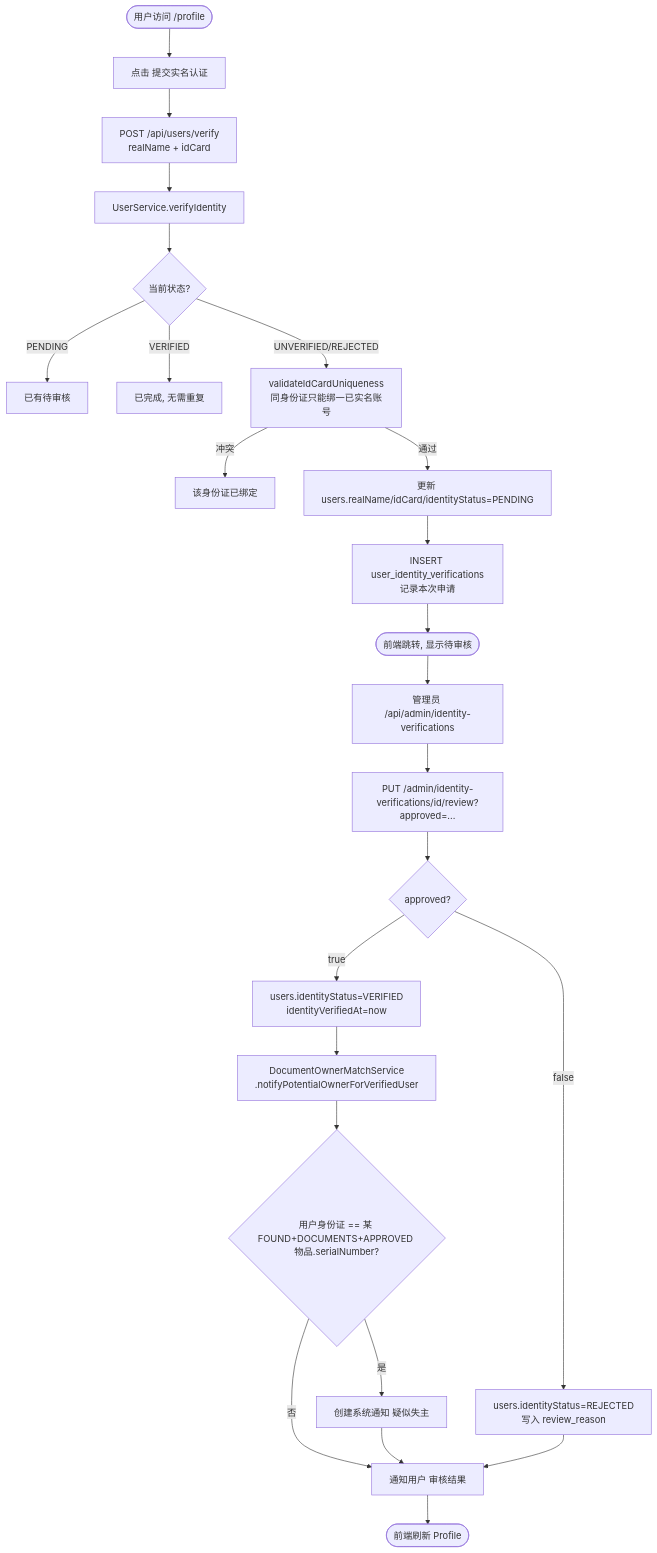
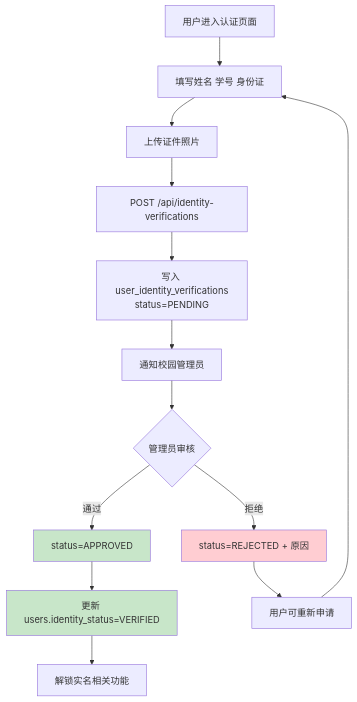
One commit to zwj-3193655211/campus-LostandFound changed diagram 15 of 29 in docs/项目图表.md. Above: the diagram before and after it, drawn with Mermaid. The commit also changed other lines of this file and 51 other files, not shown here.

````diff
--- a/docs/项目图表.md
+++ b/docs/项目图表.md
@@ -615,27 +762,22 @@
 ```mermaid
 flowchart TD
-    A([用户访问 /profile]) --> B[点击 提交实名认证]
-    B --> C[POST /api/users/verify<br/>realName + idCard]
-    C --> D[UserService.verifyIdentity]
-    D --> E{当前状态?}
-    E -->|PENDING| E1[已有待审核]
-    E -->|VERIFIED| E2[已完成, 无需重复]
-    E -->|UNVERIFIED/REJECTED| F[validateIdCardUniqueness<br/>同身份证只能绑一已实名账号]
-    F -->|冲突| F1[该身份证已绑定]
-    F -->|通过| G[更新 users.realName/idCard/identityStatus=PENDING]
-    G --> H[INSERT user_identity_verifications<br/>记录本次申请]
-    H --> I([前端跳转, 显示待审核])
+    A[用户进入认证页面] --> B[填写姓名 学号 身份证]
+    B --> C[上传证件照片]
+    C --> D[POST /api/identity-verifications]
+    D --> E[写入 user_identity_verifications<br/>status=PENDING]
+    E --> F[通知校园管理员]
 
-    I --> J[管理员 /api/admin/identity-verifications]
-    J --> K[PUT /admin/identity-verifications/id/review?approved=...]
-    K --> L{approved?}
-    L -->|true| M[users.identityStatus=VERIFIED<br/>identityVerifiedAt=now]
-    L -->|false| N[users.identityStatus=REJECTED<br/>写入 review_reason]
-    M --> O[DocumentOwnerMatchService<br/>.notifyPotentialOwnerForVerifiedUser]
-    O --> O1{用户身份证 == 某 FOUND+DOCUMENTS+APPROVED 物品.serialNumber?}
-    O1 -->|是| O2[创建系统通知 疑似失主]
-    O1 -->|否| P
-    O2 --> P[通知用户 审核结果]
-    N --> P
-    P --> Q([前端刷新 Profile])
+    F --> G{管理员审核}
+    G -->|通过| H[status=APPROVED]
+    G -->|拒绝| I[status=REJECTED + 原因]
+
+    H --> J[更新 users.identity_status=VERIFIED]
+    J --> K[解锁实名相关功能]
+
+    I --> L[用户可重新申请]
+    L --> B
+
+    style H fill:#c8e6c9
+    style I fill:#ffcdd2
+    style J fill:#c8e6c9
 ```
````
